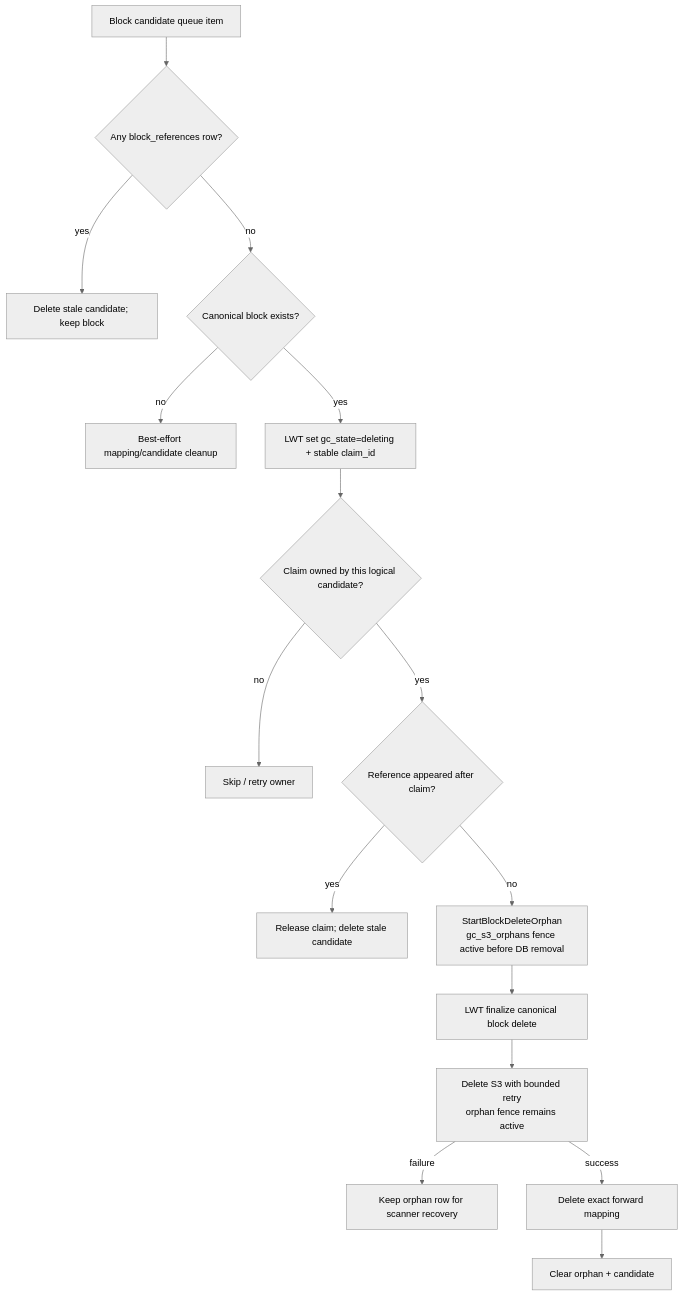
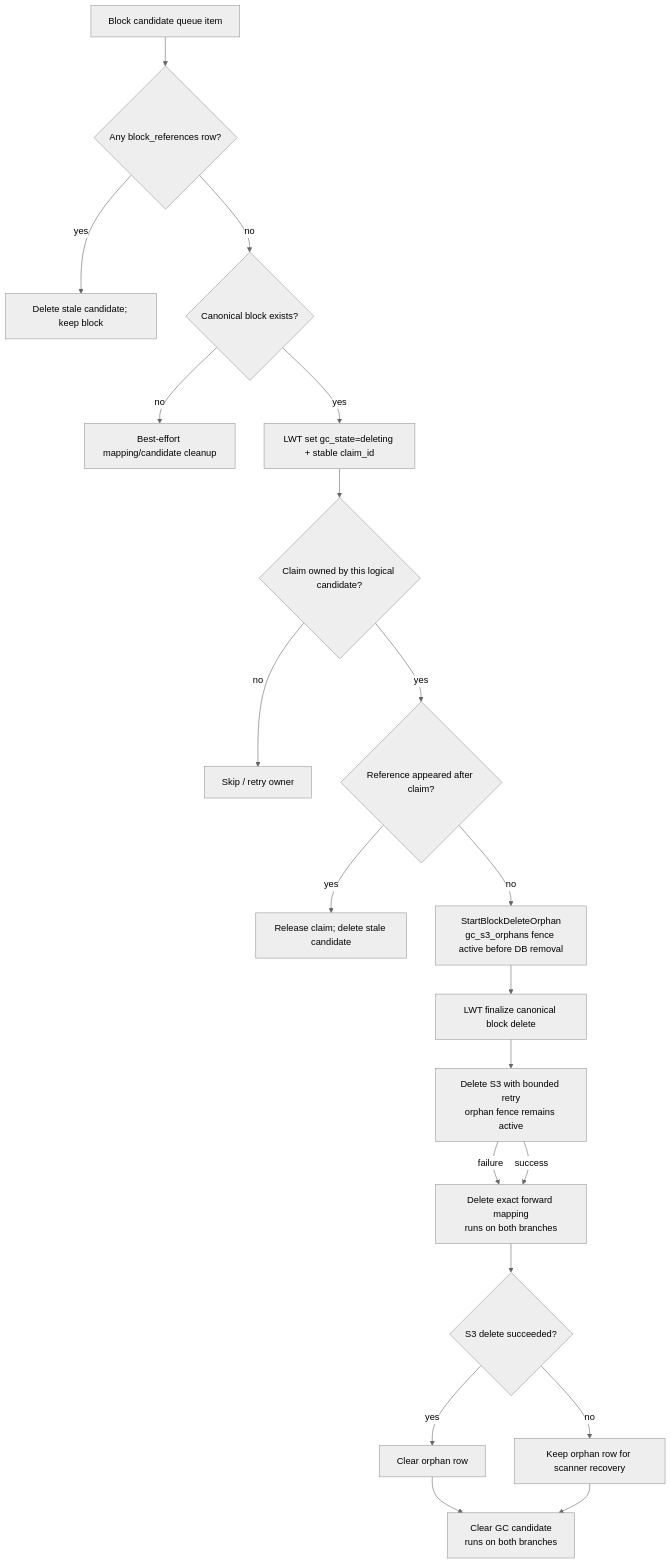
Before and after one commit to Sesame-Disk/cool-storage-api: the second of 5 diagrams in docs/diagrams/gc-flow.md, drawn with Mermaid (neutral theme). The commit also changed 4 other files, not shown here.

````diff
--- a/docs/diagrams/gc-flow.md
+++ b/docs/diagrams/gc-flow.md
@@ -36,18 +36,22 @@
 ```mermaid
 flowchart TD
     Start[Block candidate queue item] --> Refs{Any block_references row?}
     Refs -->|yes| Stale[Delete stale candidate; keep block]
     Refs -->|no| Exists{Canonical block exists?}
     Exists -->|no| CleanupMissing[Best-effort mapping/candidate cleanup]
     Exists -->|yes| Claim[LWT set gc_state=deleting + stable claim_id]
     Claim --> Won{Claim owned by this logical candidate?}
     Won -->|no| Skip[Skip / retry owner]
     Won -->|yes| Recheck{Reference appeared after claim?}
     Recheck -->|yes| Release[Release claim; delete stale candidate]
     Recheck -->|no| WAL[StartBlockDeleteOrphan<br/>gc_s3_orphans fence active before DB removal]
     WAL --> Finalize[LWT finalize canonical block delete]
     Finalize --> S3[Delete S3 with bounded retry<br/>orphan fence remains active]
-    S3 -->|failure| Recover[Keep orphan row for scanner recovery]
-    S3 -->|success| Mapping[Delete exact forward mapping]
-    Mapping --> Clear[Clear orphan + candidate]
+    S3 -->|failure| Mapping[Delete exact forward mapping<br/>runs on both branches]
+    S3 -->|success| Mapping
+    Mapping --> Orphan{S3 delete succeeded?}
+    Orphan -->|yes| Clear[Clear orphan row]
+    Orphan -->|no| Recover[Keep orphan row for scanner recovery]
+    Clear --> Candidate[Clear GC candidate<br/>runs on both branches]
+    Recover --> Candidate
 ```
````
